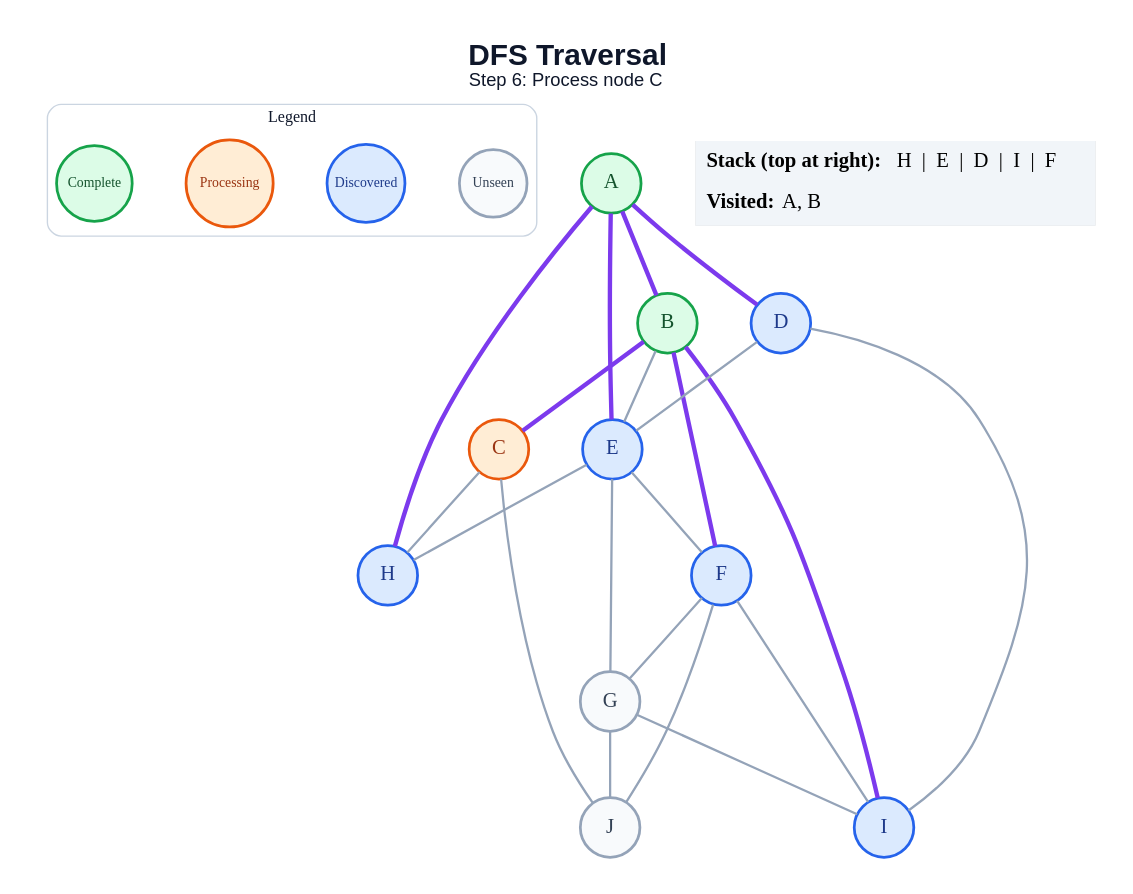
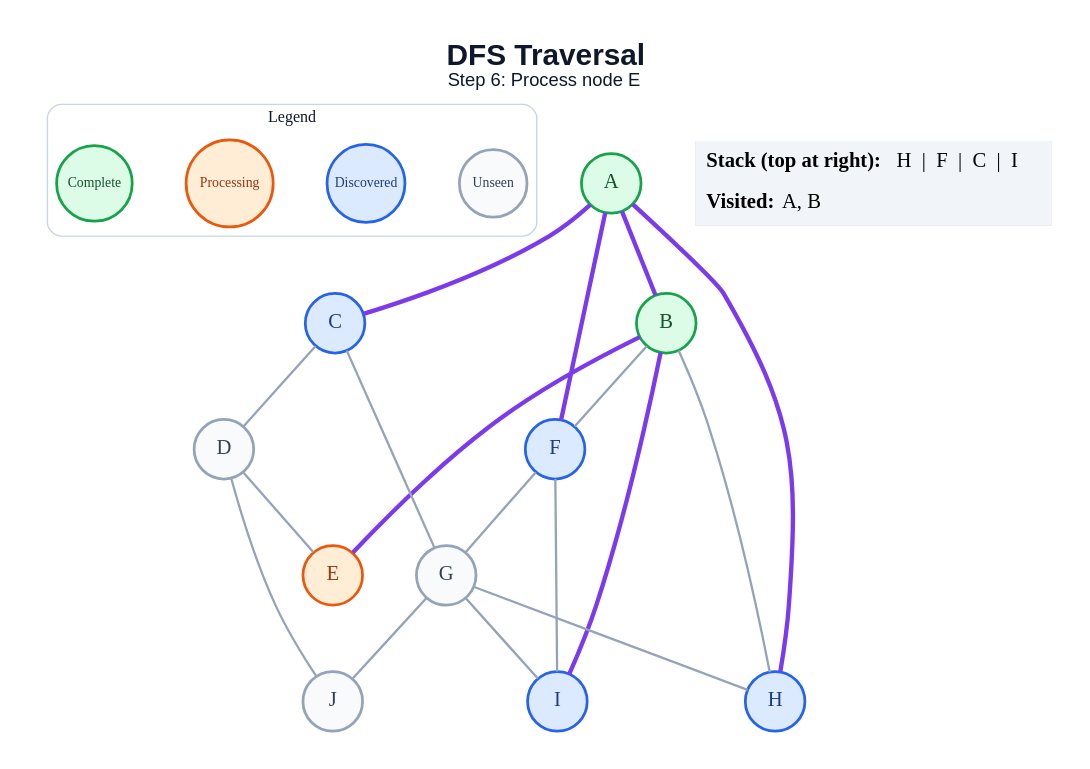
The diagram in generated/dfs/step_06.dot (amanghodawala9/ai-slop), drawn with Graphviz before and after one commit. The commit also changed 178 other files, not shown here.

```diff
--- a/generated/dfs/step_06.dot
+++ b/generated/dfs/step_06.dot
@@ -1,49 +1,46 @@
 graph traversal {
   graph [layout=dot, rankdir=TB, bgcolor="#FFFFFF", pad="0.35", nodesep="0.65", ranksep="0.8", fontname="Arial"];
   node [shape=circle, style="filled", fontname="Arial Bold", fontsize=18, width=0.72, fixedsize=true, penwidth=2.4];
   edge [color="#94A3B8", penwidth=2.0];
-  label=<<B>DFS Traversal</B><BR/><FONT POINT-SIZE="16">Step 6: Process node C</FONT>>; labelloc="t"; fontsize=26; fontname="Arial"; fontcolor="#0F172A";
+  label=<<B>DFS Traversal</B><BR/><FONT POINT-SIZE="16">Step 6: Process node E</FONT>>; labelloc="t"; fontsize=26; fontname="Arial"; fontcolor="#0F172A";
   subgraph cluster_legend { label="Legend"; color="#CBD5E1"; penwidth=1.2; style="rounded"; fontsize=14; fontname="Arial Bold";
     key_unseen [label="Unseen", fillcolor="#F8FAFC", color="#94A3B8", fontcolor="#334155", fontsize=12, width=0.82];
     key_frontier [label="Discovered", fillcolor="#DBEAFE", color="#2563EB", fontcolor="#1E3A8A", fontsize=12, width=0.95];
     key_current [label="Processing", fillcolor="#FFEDD5", color="#EA580C", fontcolor="#9A3412", fontsize=12, width=1.05];
     key_done [label="Complete", fillcolor="#DCFCE7", color="#16A34A", fontcolor="#14532D", fontsize=12, width=0.92];
     { rank=same; key_unseen; key_frontier; key_current; key_done; }
   }
   A [fillcolor="#DCFCE7", color="#16A34A", fontcolor="#14532D"];
   B [fillcolor="#DCFCE7", color="#16A34A", fontcolor="#14532D"];
-  C [fillcolor="#FFEDD5", color="#EA580C", fontcolor="#9A3412"];
-  D [fillcolor="#DBEAFE", color="#2563EB", fontcolor="#1E3A8A"];
-  E [fillcolor="#DBEAFE", color="#2563EB", fontcolor="#1E3A8A"];
+  C [fillcolor="#DBEAFE", color="#2563EB", fontcolor="#1E3A8A"];
+  D [fillcolor="#F8FAFC", color="#94A3B8", fontcolor="#334155"];
+  E [fillcolor="#FFEDD5", color="#EA580C", fontcolor="#9A3412"];
   F [fillcolor="#DBEAFE", color="#2563EB", fontcolor="#1E3A8A"];
   G [fillcolor="#F8FAFC", color="#94A3B8", fontcolor="#334155"];
   H [fillcolor="#DBEAFE", color="#2563EB", fontcolor="#1E3A8A"];
   I [fillcolor="#DBEAFE", color="#2563EB", fontcolor="#1E3A8A"];
   J [fillcolor="#F8FAFC", color="#94A3B8", fontcolor="#334155"];
   A -- B [color="#7C3AED", penwidth=3.8];
-  A -- D [color="#7C3AED", penwidth=3.8];
-  A -- E [color="#7C3AED", penwidth=3.8];
+  A -- C [color="#7C3AED", penwidth=3.8];
+  A -- F [color="#7C3AED", penwidth=3.8];
   A -- H [color="#7C3AED", penwidth=3.8];
-  B -- C [color="#7C3AED", penwidth=3.8];
-  B -- E;
-  B -- F [color="#7C3AED", penwidth=3.8];
+  B -- E [color="#7C3AED", penwidth=3.8];
+  B -- F;
+  B -- H;
   B -- I [color="#7C3AED", penwidth=3.8];
-  C -- H;
-  C -- J;
+  C -- D;
+  C -- G;
   D -- E;
-  D -- I;
-  E -- F;
-  E -- G;
-  E -- H;
+  D -- J;
   F -- G;
   F -- I;
-  F -- J;
+  G -- H;
   G -- I;
   G -- J;
   status [shape=plain, fixedsize=false, width=0, height=0, margin=0, label=<
     <TABLE BORDER="0" CELLBORDER="0" CELLPADDING="7" BGCOLOR="#F1F5F9">
-      <TR><TD ALIGN="LEFT"><B>Stack (top at right):</B> H  |  E  |  D  |  I  |  F</TD></TR>
+      <TR><TD ALIGN="LEFT"><B>Stack (top at right):</B> H  |  F  |  C  |  I</TD></TR>
       <TR><TD ALIGN="LEFT"><B>Visited:</B> A, B</TD></TR>
     </TABLE>
   >];
 }
```
